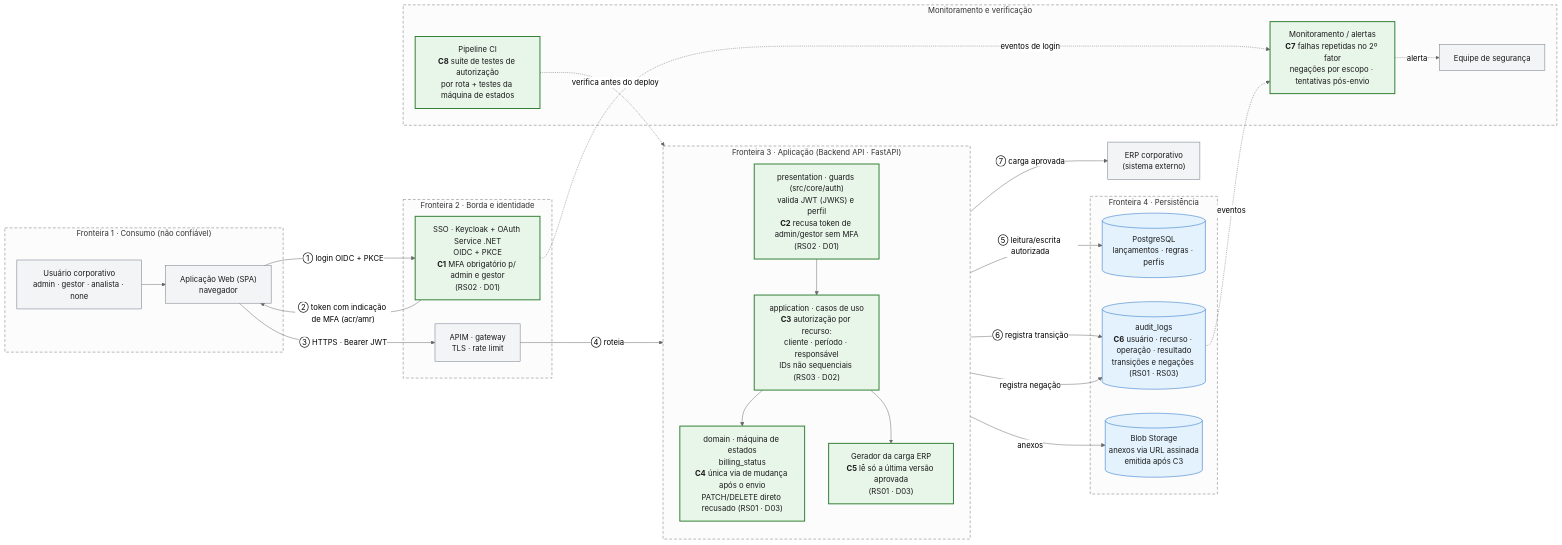
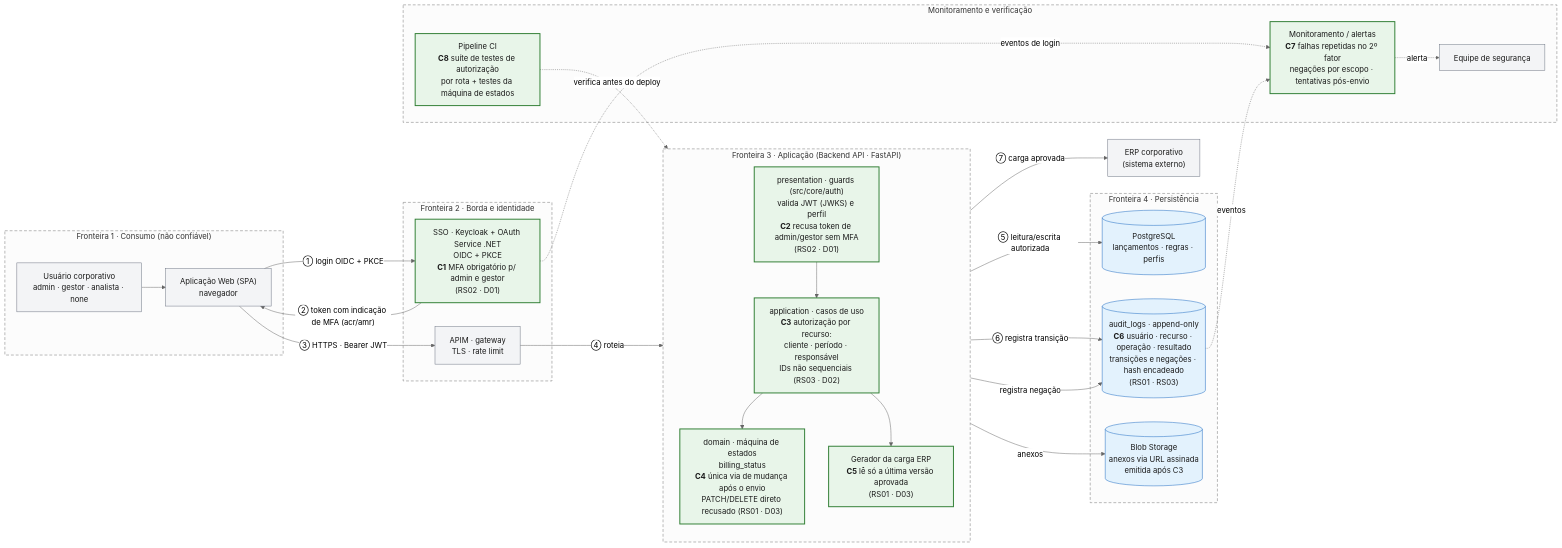
The first of 4 diagrams in docs/etapa-3/etapa-3-diagrama.md (MarlonBrendonx/secure-software-engineering-project), drawn with Mermaid (neutral theme) before and after one commit. The commit also changed other lines of this file and 2 other files, not shown here.

````diff
--- a/docs/etapa-3/etapa-3-diagrama.md
+++ b/docs/etapa-3/etapa-3-diagrama.md
@@ -13,68 +13,68 @@
 ```mermaid
 flowchart LR
     %% ---------- Fronteira 1: Consumo (não confiável) ----------
     subgraph Z1["Fronteira 1 · Consumo (não confiável)"]
         U["Usuário corporativo<br/>admin · gestor · analista · none"]
         SPA["Aplicação Web (SPA)<br/>navegador"]
     end
 
     %% ---------- Fronteira 2: Borda e identidade ----------
     subgraph Z2["Fronteira 2 · Borda e identidade"]
         KC["SSO · Keycloak + OAuth Service .NET<br/>OIDC + PKCE<br/><b>C1</b> MFA obrigatório p/ admin e gestor<br/>(RS02 · D01)"]
         APIM["APIM · gateway<br/>TLS · rate limit"]
     end
 
     %% ---------- Fronteira 3: Aplicação ----------
     subgraph Z3["Fronteira 3 · Aplicação (Backend API · FastAPI)"]
         direction TB
         G["presentation · guards (src/core/auth)<br/>valida JWT (JWKS) e perfil<br/><b>C2</b> recusa token de admin/gestor sem MFA<br/>(RS02 · D01)"]
         UC["application · casos de uso<br/><b>C3</b> autorização por recurso:<br/>cliente · período · responsável<br/>IDs não sequenciais (RS03 · D02)"]
         SM["domain · máquina de estados<br/>billing_status<br/><b>C4</b> única via de mudança após o envio<br/>PATCH/DELETE direto recusado (RS01 · D03)"]
         ERPGEN["Gerador da carga ERP<br/><b>C5</b> lê só a última versão aprovada<br/>(RS01 · D03)"]
         G --> UC --> SM
         UC --> ERPGEN
     end
 
     %% ---------- Fronteira 4: Dados ----------
     subgraph Z4["Fronteira 4 · Persistência"]
         PG[("PostgreSQL<br/>lançamentos · regras · perfis")]
-        AUD[("audit_logs<br/><b>C6</b> usuário · recurso · operação · resultado<br/>transições e negações (RS01 · RS03)")]
+        AUD[("audit_logs · append-only<br/><b>C6</b> usuário · recurso · operação · resultado<br/>transições e negações · hash encadeado<br/>(RS01 · RS03)")]
         BLOB[("Blob Storage<br/>anexos via URL assinada<br/>emitida após C3")]
     end
 
     %% ---------- Monitoramento e verificação ----------
     subgraph Z5["Monitoramento e verificação"]
         MON["Monitoramento / alertas<br/><b>C7</b> falhas repetidas no 2º fator<br/>negações por escopo · tentativas pós-envio"]
         SEC["Equipe de segurança"]
         CI["Pipeline CI<br/><b>C8</b> suíte de testes de autorização<br/>por rota + testes da máquina de estados"]
     end
 
     ERP["ERP corporativo<br/>(sistema externo)"]
 
     U --> SPA
     SPA -- "① login OIDC + PKCE" --> KC
     KC -- "② token com indicação de MFA (acr/amr)" --> SPA
     SPA -- "③ HTTPS · Bearer JWT" --> APIM
     APIM -- "④ roteia" --> G
     UC -- "⑤ leitura/escrita autorizada" --> PG
     UC -- "anexos" --> BLOB
     SM -- "⑥ registra transição" --> AUD
     UC -- "registra negação" --> AUD
     ERPGEN -- "⑦ carga aprovada" --> ERP
     KC -. "eventos de login" .-> MON
     AUD -. "eventos" .-> MON
     MON -. "alerta" .-> SEC
     CI -. "verifica antes do deploy" .-> Z3
 
     classDef ctrl fill:#E8F5E9,stroke:#2E7D32,stroke-width:2px,color:#1B1B1B
     classDef ext fill:#F3F4F6,stroke:#6B7280,color:#1B1B1B
     classDef data fill:#E3F2FD,stroke:#1565C0,color:#1B1B1B
     class KC,G,UC,SM,ERPGEN,MON,CI ctrl
     class U,SPA,ERP,SEC,APIM ext
     class PG,AUD,BLOB data
     style Z1 stroke-dasharray: 6 4
     style Z2 stroke-dasharray: 6 4
     style Z3 stroke-dasharray: 6 4
     style Z4 stroke-dasharray: 6 4
     style Z5 stroke-dasharray: 6 4
 ```
````
